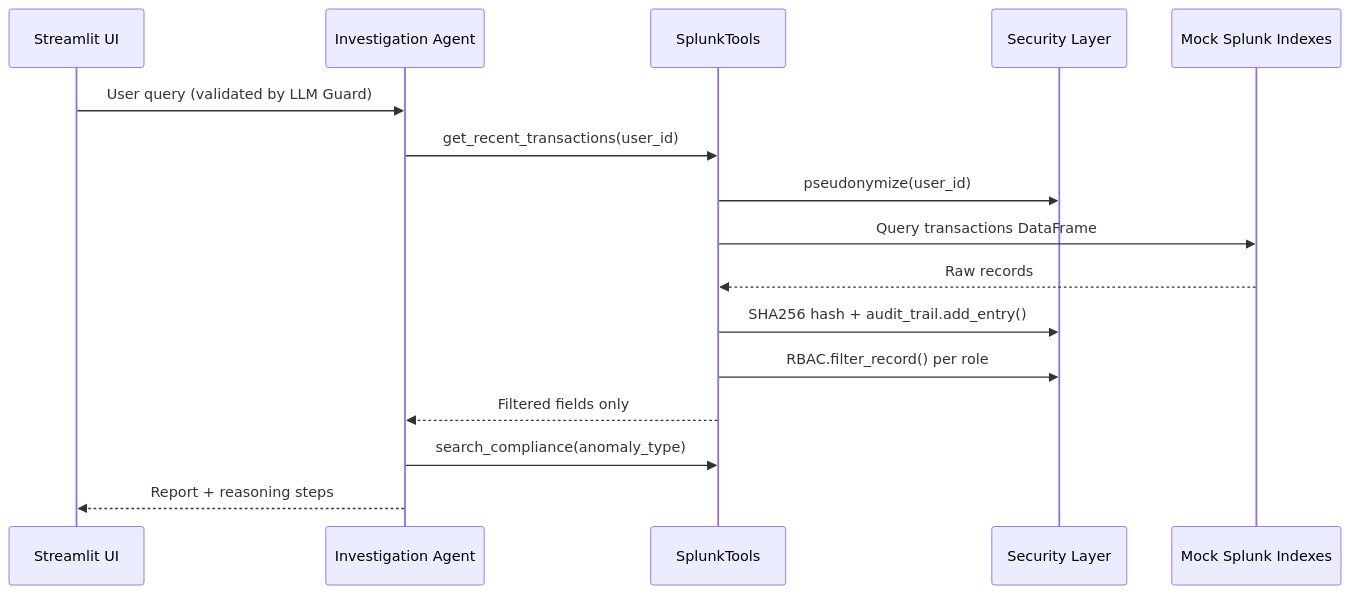
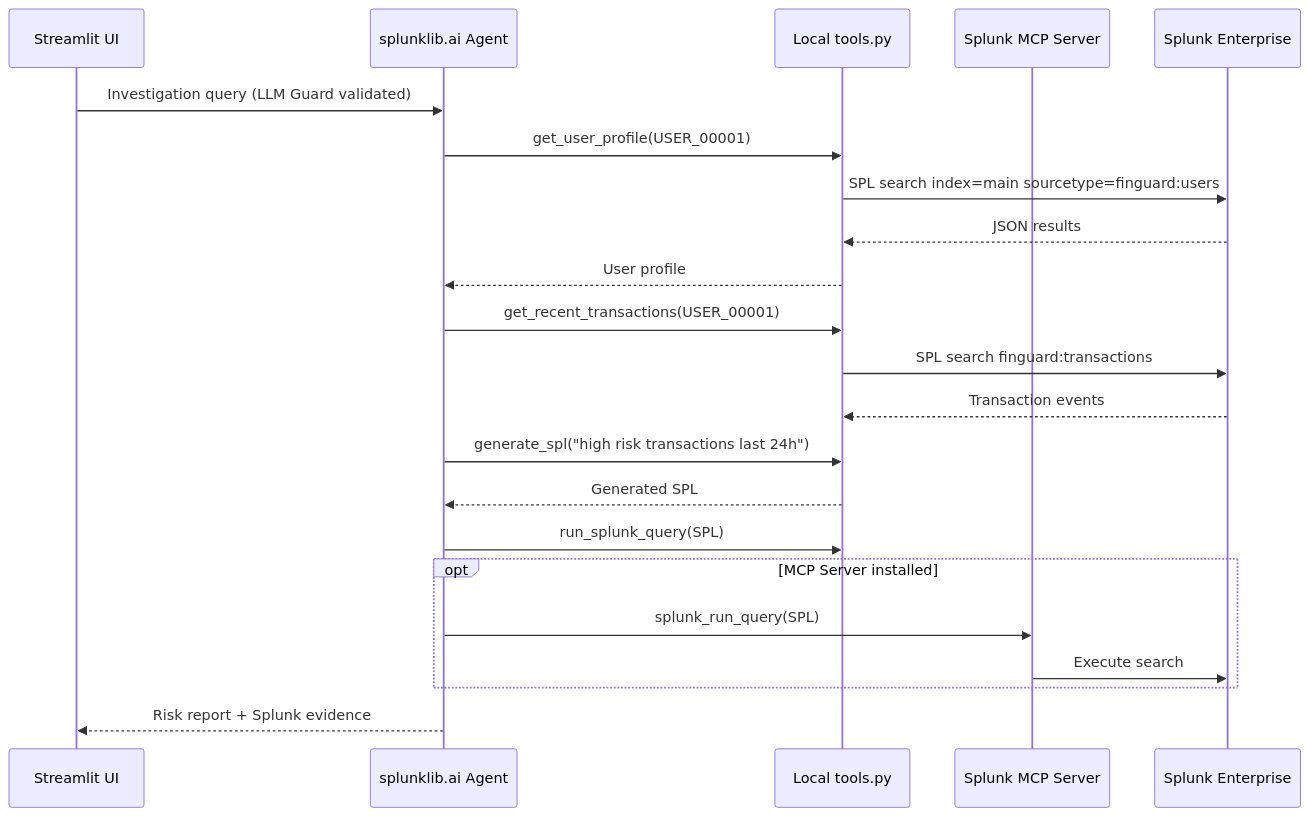
The second of 3 diagrams in ARCHITECTURE.md (shuibuxing00/FinGuard-Copilot), drawn with Mermaid before and after one commit. The commit also changed other lines of this file and 9 other files, not shown here.

Commit message:
Complete hackathon submission: local generate_spl, architecture_diagram.png, SUBMISSION guide

````diff
--- a/ARCHITECTURE.md
+++ b/ARCHITECTURE.md
@@ -84,19 +82,25 @@
 ```mermaid
 sequenceDiagram
     participant UI as Streamlit UI
-    participant Agent as Investigation Agent
-    participant ST as SplunkTools
-    participant Sec as Security Layer
-    participant Mock as Mock Splunk Indexes
+    participant Agent as splunklib.ai Agent
+    participant Local as Local tools.py
+    participant MCP as Splunk MCP Server
+    participant Splunk as Splunk Enterprise
 
-    UI->>Agent: User query (validated by LLM Guard)
-    Agent->>ST: get_recent_transactions(user_id)
-    ST->>Sec: pseudonymize(user_id)
-    ST->>Mock: Query transactions DataFrame
-    Mock-->>ST: Raw records
-    ST->>Sec: SHA256 hash + audit_trail.add_entry()
-    ST->>Sec: RBAC.filter_record() per role
-    ST-->>Agent: Filtered fields only
-    Agent->>ST: search_compliance(anomaly_type)
-    Agent-->>UI: Report + reasoning steps
+    UI->>Agent: Investigation query (LLM Guard validated)
+    Agent->>Local: get_user_profile(USER_00001)
+    Local->>Splunk: SPL search index=main sourcetype=finguard:users
+    Splunk-->>Local: JSON results
+    Local-->>Agent: User profile
+    Agent->>Local: get_recent_transactions(USER_00001)
+    Local->>Splunk: SPL search finguard:transactions
+    Splunk-->>Local: Transaction events
+    Agent->>Local: generate_spl("high risk transactions last 24h")
+    Local-->>Agent: Generated SPL
+    Agent->>Local: run_splunk_query(SPL)
+    opt MCP Server installed
+        Agent->>MCP: splunk_run_query(SPL)
+        MCP->>Splunk: Execute search
+    end
+    Agent-->>UI: Risk report + Splunk evidence
 ```
````
